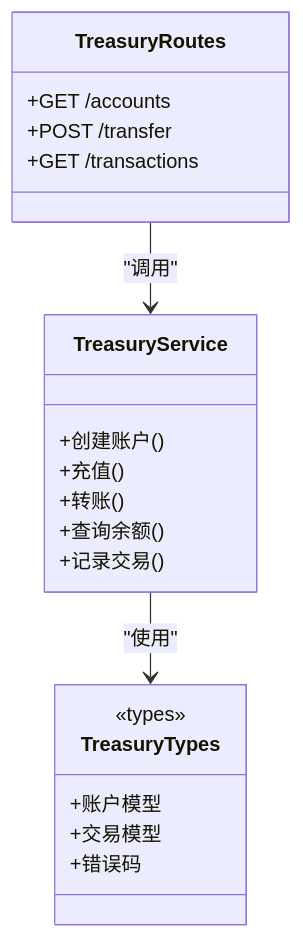
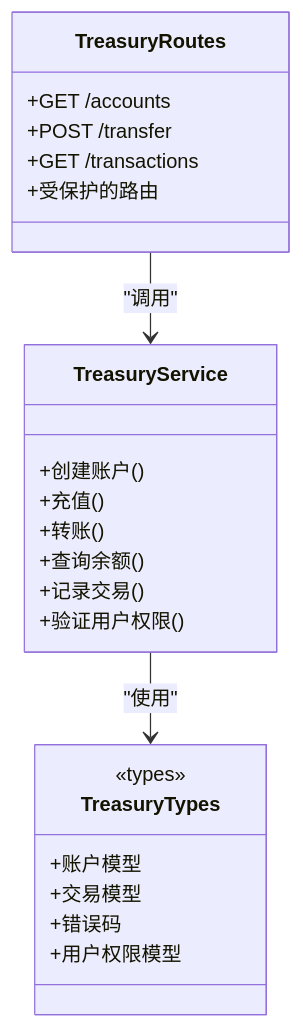
The fifth of 10 diagrams in .qoder/repowiki/zh/content/核心组件/双服务器架构.md (Maki3991/study-PactLedger), drawn with Mermaid before and after one commit. The commit also changed other lines of this file and 15 other files, not shown here.

````diff
--- a/.qoder/repowiki/zh/content/核心组件/双服务器架构.md
+++ b/.qoder/repowiki/zh/content/核心组件/双服务器架构.md
@@ -255,23 +315,26 @@
 ```mermaid
 classDiagram
 class TreasuryService {
 +创建账户()
 +充值()
 +转账()
 +查询余额()
 +记录交易()
++验证用户权限()
 }
 class TreasuryTypes {
 <<types>>
 +账户模型
 +交易模型
 +错误码
++用户权限模型
 }
 class TreasuryRoutes {
 +GET /accounts
 +POST /transfer
 +GET /transactions
++受保护的路由
 }
 TreasuryService --> TreasuryTypes : "使用"
 TreasuryRoutes --> TreasuryService : "调用"
 ```
````
